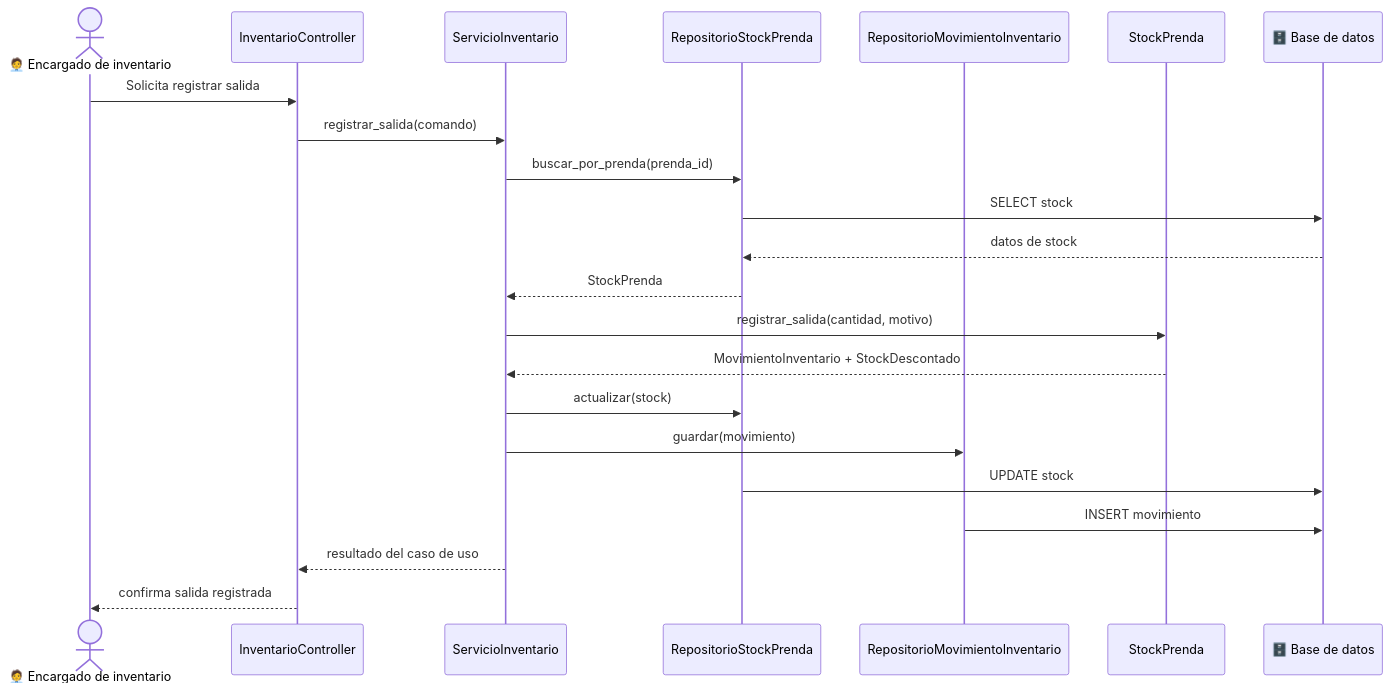
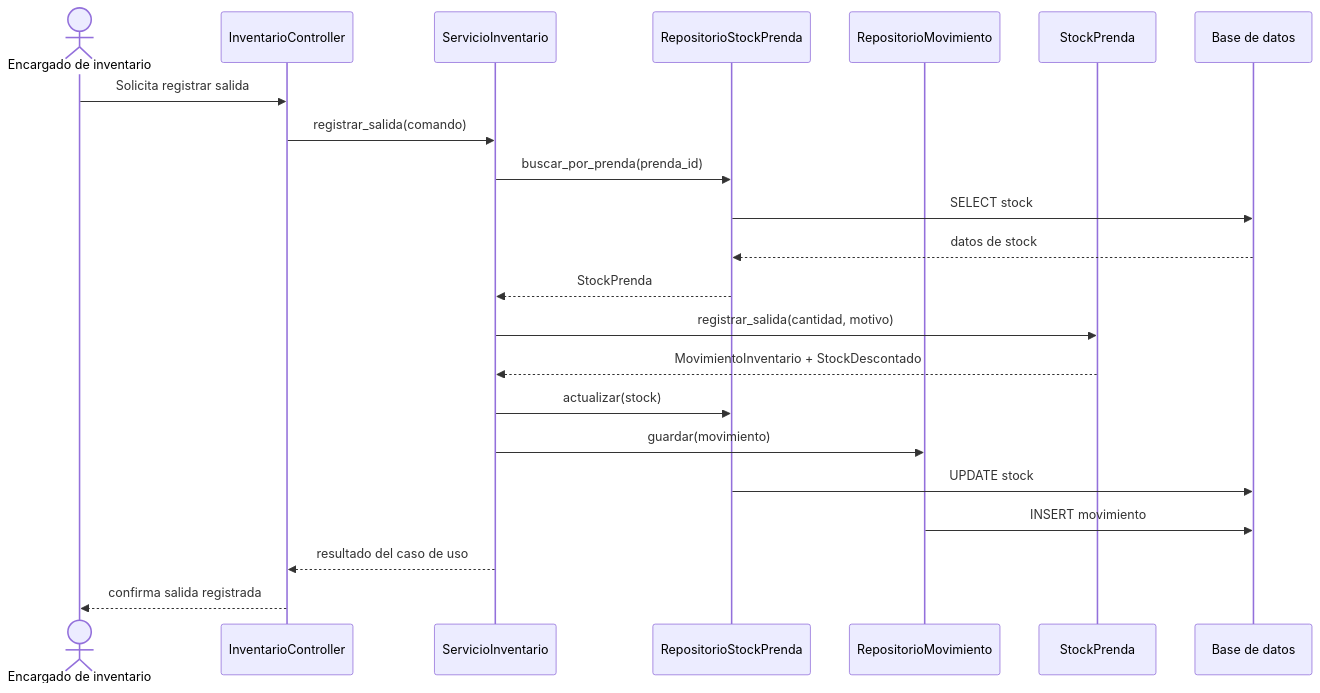
One commit to javierRock/SoftwareTextil changed the seventh of 9 diagrams in README.md. Above: the diagram before and after it, drawn with Mermaid. The commit also changed other lines of this file, not shown here.

````diff
--- a/README.md
+++ b/README.md
@@ -706,25 +564,25 @@
 ```mermaid
 sequenceDiagram
-    actor Encargado as 🧑‍💼 Encargado de inventario
+    actor Encargado as Encargado de inventario
     participant API as InventarioController
     participant Servicio as ServicioInventario
     participant StockRepo as RepositorioStockPrenda
-    participant MovRepo as RepositorioMovimientoInventario
+    participant MovRepo as RepositorioMovimiento
     participant Stock as StockPrenda
-    participant DB as 🗄️ Base de datos
+    participant DB as Base de datos
 
     Encargado->>API: Solicita registrar salida
     API->>Servicio: registrar_salida(comando)
     Servicio->>StockRepo: buscar_por_prenda(prenda_id)
     StockRepo->>DB: SELECT stock
     DB-->>StockRepo: datos de stock
     StockRepo-->>Servicio: StockPrenda
     Servicio->>Stock: registrar_salida(cantidad, motivo)
     Stock-->>Servicio: MovimientoInventario + StockDescontado
     Servicio->>StockRepo: actualizar(stock)
     Servicio->>MovRepo: guardar(movimiento)
     StockRepo->>DB: UPDATE stock
     MovRepo->>DB: INSERT movimiento
     Servicio-->>API: resultado del caso de uso
     API-->>Encargado: confirma salida registrada
 ```
````
